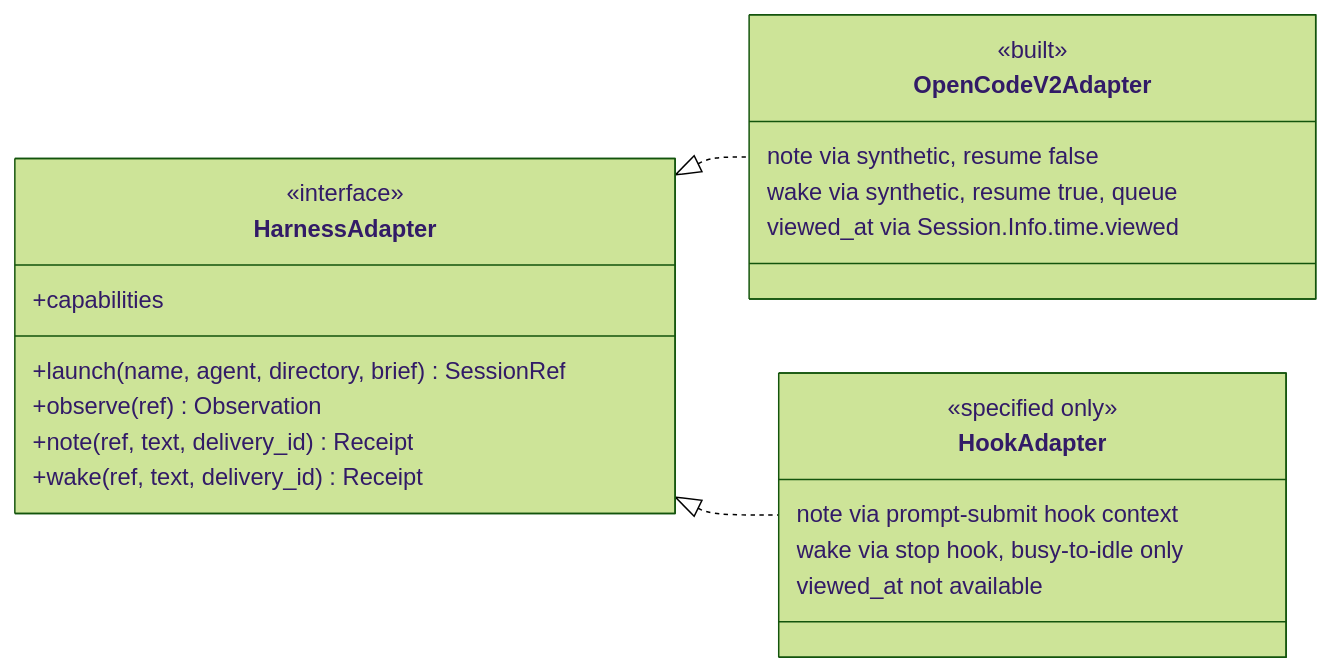
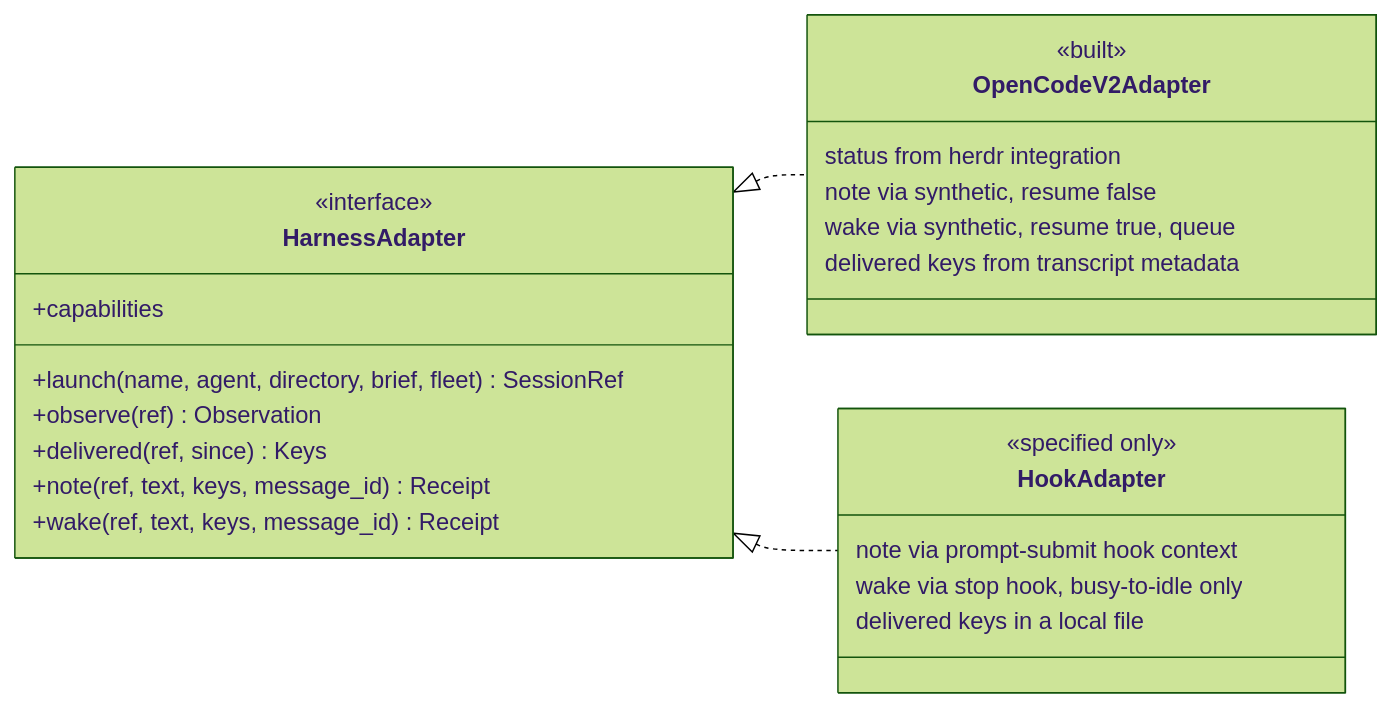
Before and after one commit to adamkaplan/fleet-kit: the fifth of 11 diagrams in docs/switchboard.md, drawn with Mermaid (forest theme). The commit also changed other lines of this file, not shown here.

First line of the commit message:
docs: switchboard: status from herdr, derived state, intent lines

````diff
--- a/docs/switchboard.md
+++ b/docs/switchboard.md
@@ -245,26 +270,28 @@
 ```mermaid
 classDiagram
   direction LR
   class HarnessAdapter {
     <<interface>>
     +capabilities
-    +launch(name, agent, directory, brief) SessionRef
+    +launch(name, agent, directory, brief, fleet) SessionRef
     +observe(ref) Observation
-    +note(ref, text, delivery_id) Receipt
-    +wake(ref, text, delivery_id) Receipt
+    +delivered(ref, since) Keys
+    +note(ref, text, keys, message_id) Receipt
+    +wake(ref, text, keys, message_id) Receipt
   }
   class OpenCodeV2Adapter {
     <<built>>
+    status from herdr integration
     note via synthetic, resume false
     wake via synthetic, resume true, queue
-    viewed_at via Session.Info.time.viewed
+    delivered keys from transcript metadata
   }
   class HookAdapter {
     <<specified only>>
     note via prompt-submit hook context
     wake via stop hook, busy-to-idle only
-    viewed_at not available
+    delivered keys in a local file
   }
   HarnessAdapter <|.. OpenCodeV2Adapter
   HarnessAdapter <|.. HookAdapter
 ```
````
